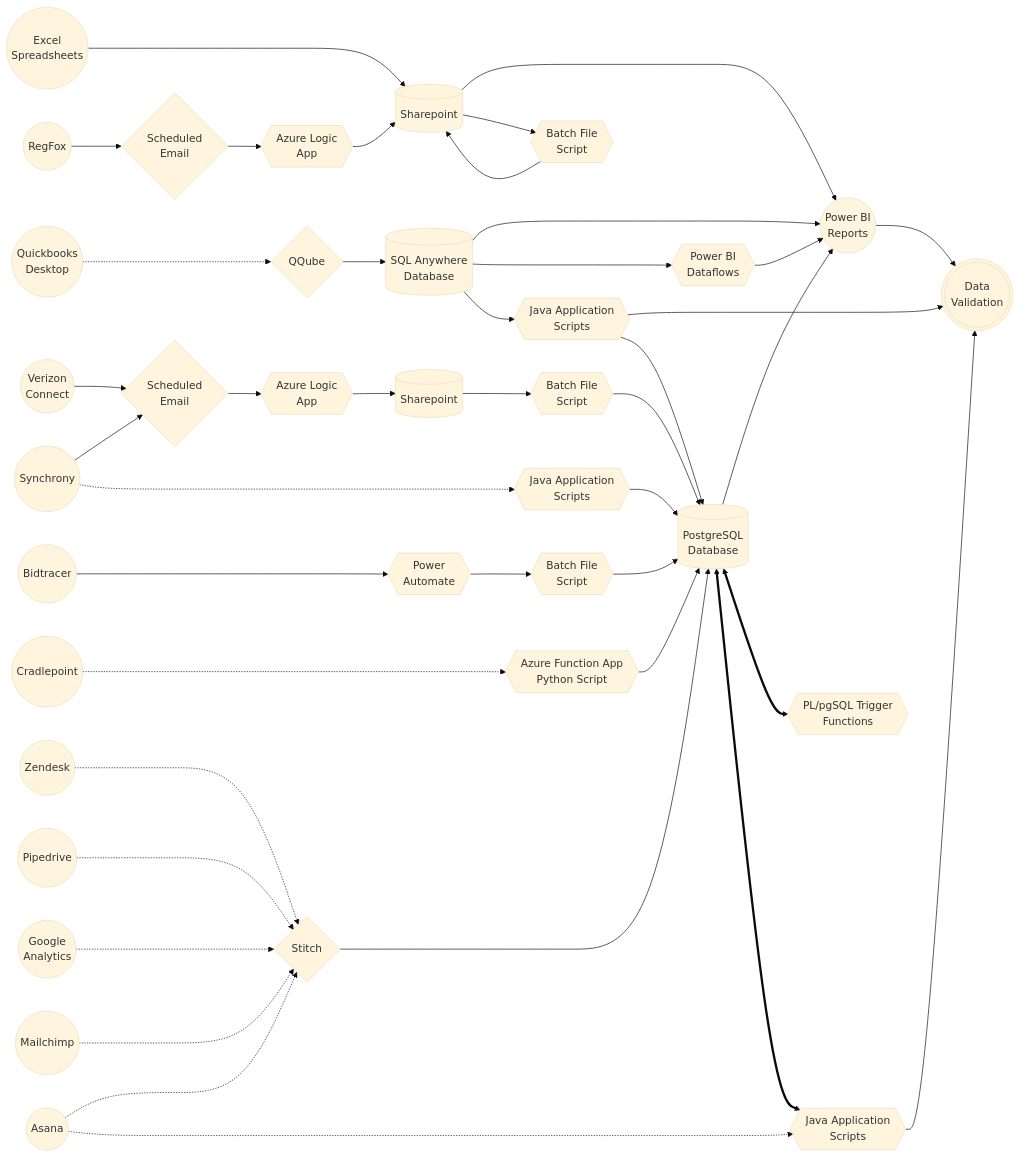
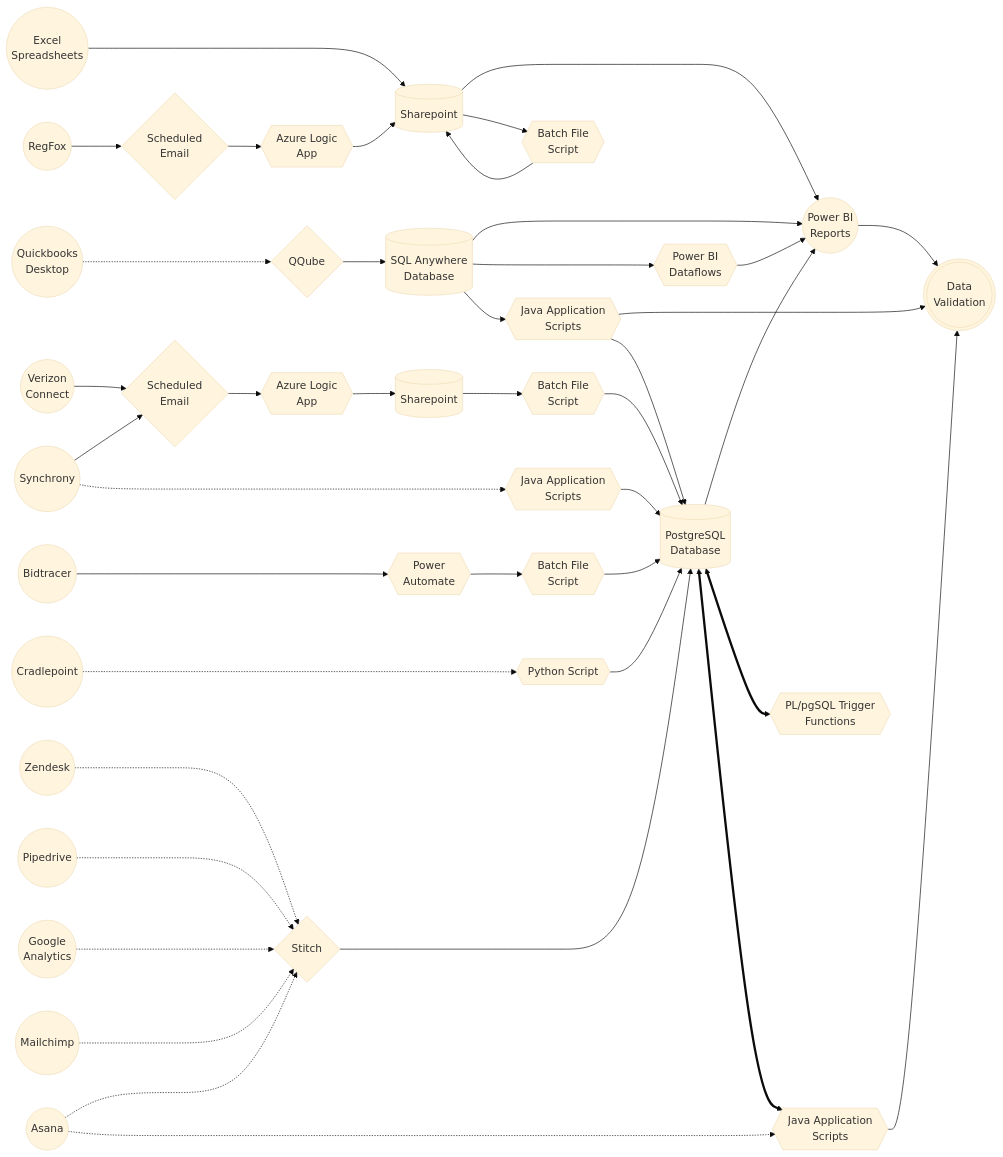
One commit to automatic-controls/powerbi changed the diagram in README.md. Above: the diagram before and after it, drawn with Mermaid (base theme). The commit also changed other lines of this file and 23 other files, not shown here.

````diff
--- a/README.md
+++ b/README.md
@@ -51,40 +52,40 @@
 ```mermaid
 flowchart LR
   powerbi((Power BI\nReports))
   quickbooks((Quickbooks\nDesktop))
   asana((Asana))
   zendesk((Zendesk))
   pipedrive((Pipedrive))
   ga((Google\nAnalytics))
   mc((Mailchimp))
   excel((Excel\nSpreadsheets))
   cradlepoint((Cradlepoint))
   bidtracer((Bidtracer))
   reg_script{{Batch File\nScript}}
   sharepoint[(Sharepoint)]
   sharepoint2[(Sharepoint)]
   qq_database[(SQL Anywhere\nDatabase)]
   postgresql[(PostgreSQL\nDatabase)]
   qqube{QQube}
   stitch{Stitch}
   power_auto{{Power\nAutomate}}
   qq_dataflows{{Power BI\nDataflows}}
   qq_script{{Java Application\nScripts}}
-  cradle_script{{Azure Function App\nPython Script}}
+  cradle_script{{Python Script}}
   bid_upload{{Batch File\nScript}}
   excel---->sharepoint---->powerbi-->validate>Data Validation]
   regfox((RegFox))-->reg_email{Scheduled\nEmail}-->reg_azure{{Azure Logic\nApp}}-->sharepoint
   sharepoint-->reg_script-->sharepoint
   qq_script-->validate
   quickbooks-..->qqube-->qq_database-->powerbi
   qq_database-->qq_dataflows-->powerbi
   qq_database-->qq_script-->postgresql-->powerbi
   verizon((Verizon\nConnect)) & synchrony((Synchrony))-->ver_email{Scheduled\nEmail}-->ver_azure{{Azure Logic\nApp}}-->sharepoint2-->ver_script{{Batch File\nScript}}-->postgresql
   synchrony-..->sync_java_scripts{{Java Application\nScripts}}-->postgresql
   bidtracer---->power_auto-->bid_upload-->postgresql
   cradlepoint-....->cradle_script-->postgresql
   zendesk & pipedrive & ga & mc & asana-..->stitch---->postgresql
   postgresql<==>trigger{{PL/pgSQL Trigger\nFunctions}} & process{{Java Application\nScripts}}
   asana-.->process
   process-->validate(((Data\nValidation)))
 ```
````
